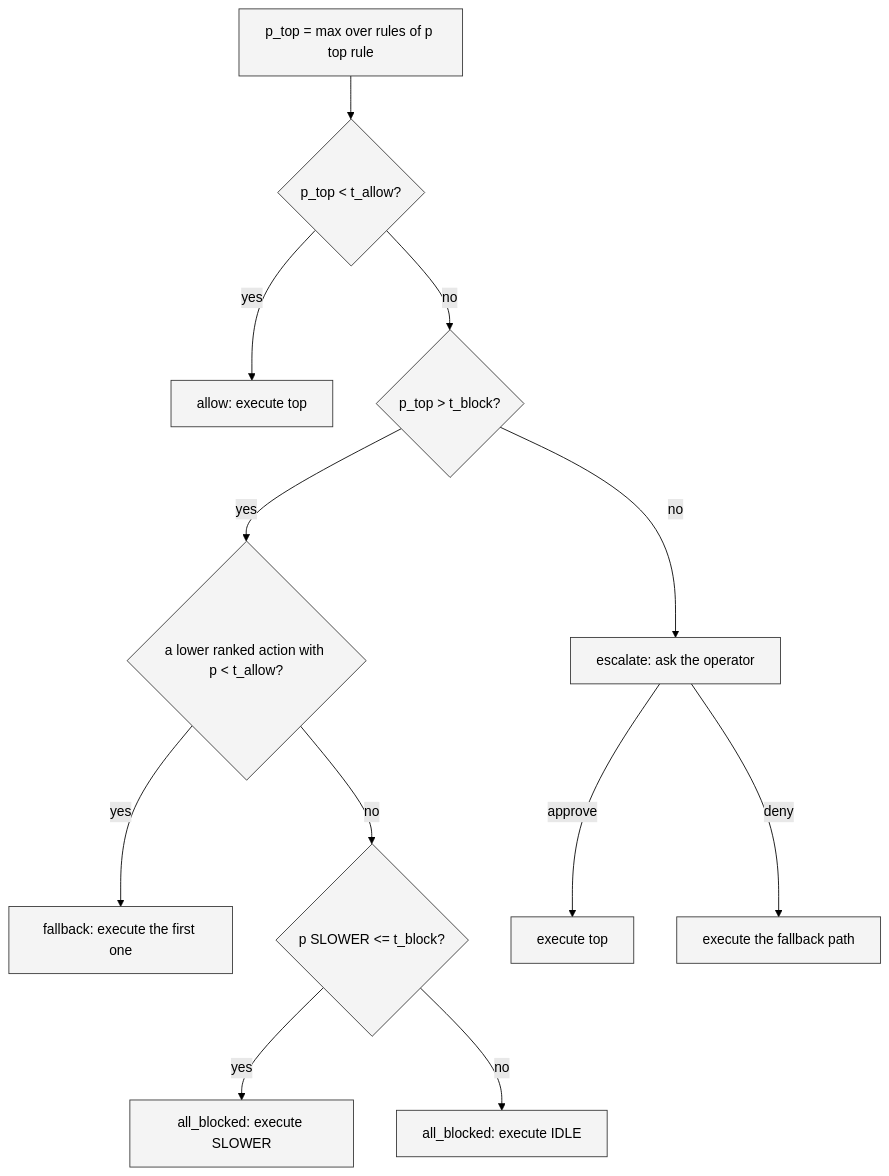
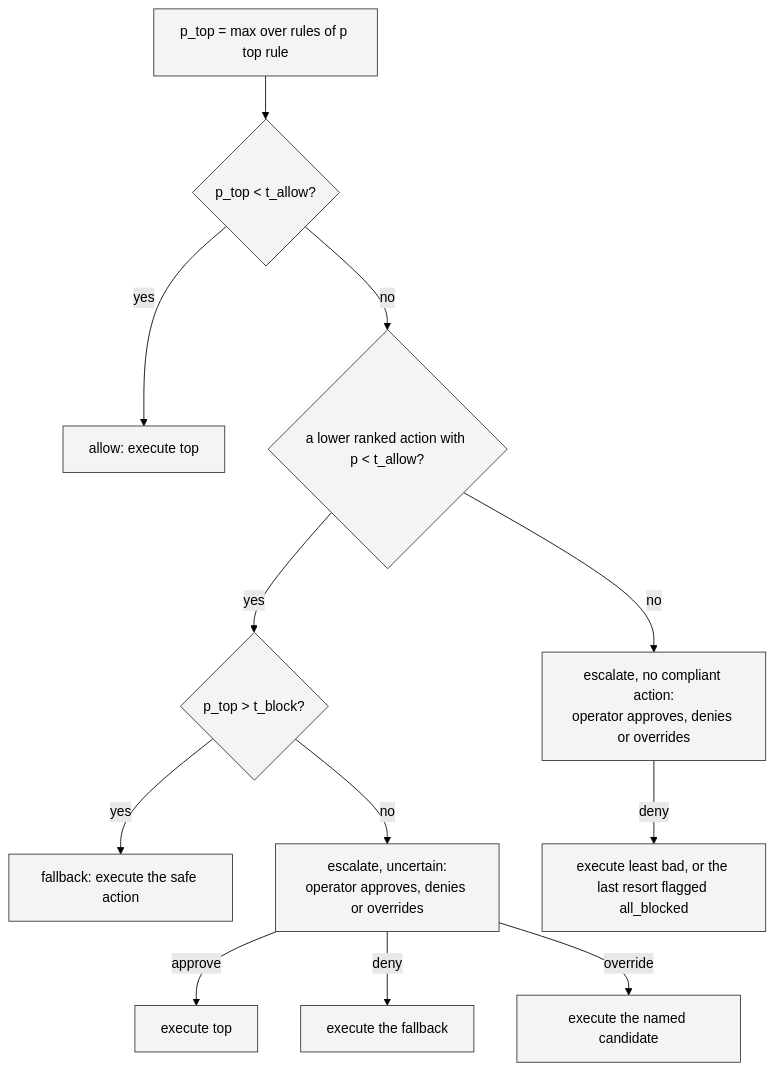
Before and after one commit to sequenzia/Interlock: the diagram in docs/developer-guide/backend/shield.md, drawn with Mermaid (forest theme). The commit also changed other lines of this file and 48 other files, not shown here.

````diff
--- a/docs/developer-guide/backend/shield.md
+++ b/docs/developer-guide/backend/shield.md
@@ -49,15 +86,15 @@
 ```mermaid
 flowchart TD
   S[p_top = max over rules of p top rule] --> A{p_top < t_allow?}
   A -- yes --> ALLOW[allow: execute top]
-  A -- no --> B{p_top > t_block?}
-  B -- no --> ESC[escalate: ask the operator]
-  B -- yes --> C{a lower ranked action with p < t_allow?}
-  C -- yes --> FB[fallback: execute the first one]
-  C -- no --> D{p SLOWER <= t_block?}
-  D -- yes --> SL[all_blocked: execute SLOWER]
-  D -- no --> ID[all_blocked: execute IDLE]
-  ESC -- approve --> ALLOW2[execute top]
-  ESC -- deny --> FB2[execute the fallback path]
+  A -- no --> B{a lower ranked action with p < t_allow?}
+  B -- no --> NCA[escalate, no compliant action:<br/>operator approves, denies or overrides]
+  B -- yes --> C{p_top > t_block?}
+  C -- yes --> FB[fallback: execute the safe action]
+  C -- no --> ESC[escalate, uncertain:<br/>operator approves, denies or overrides]
+  ESC -- approve --> T2[execute top]
+  ESC -- deny --> FB2[execute the fallback]
+  ESC -- override --> OV[execute the named candidate]
+  NCA -- deny --> LB[execute least bad, or the last resort flagged all_blocked]
   classDef default fill:#f4f4f4,stroke:#333,color:#000;
 ```
````
